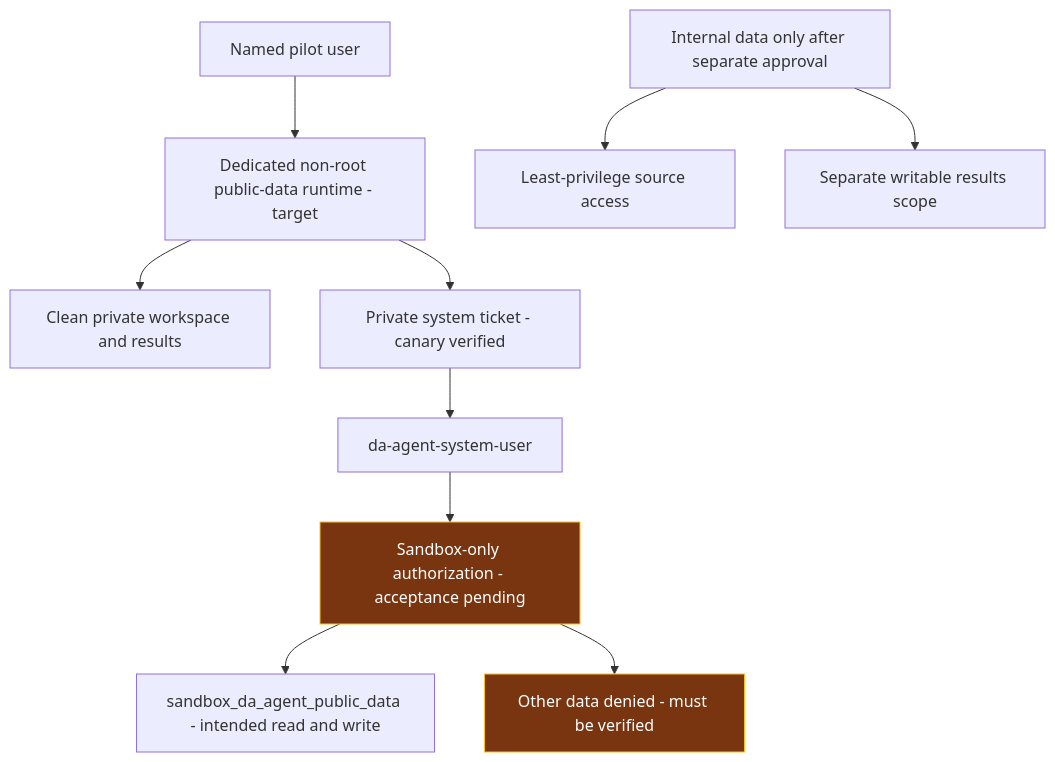
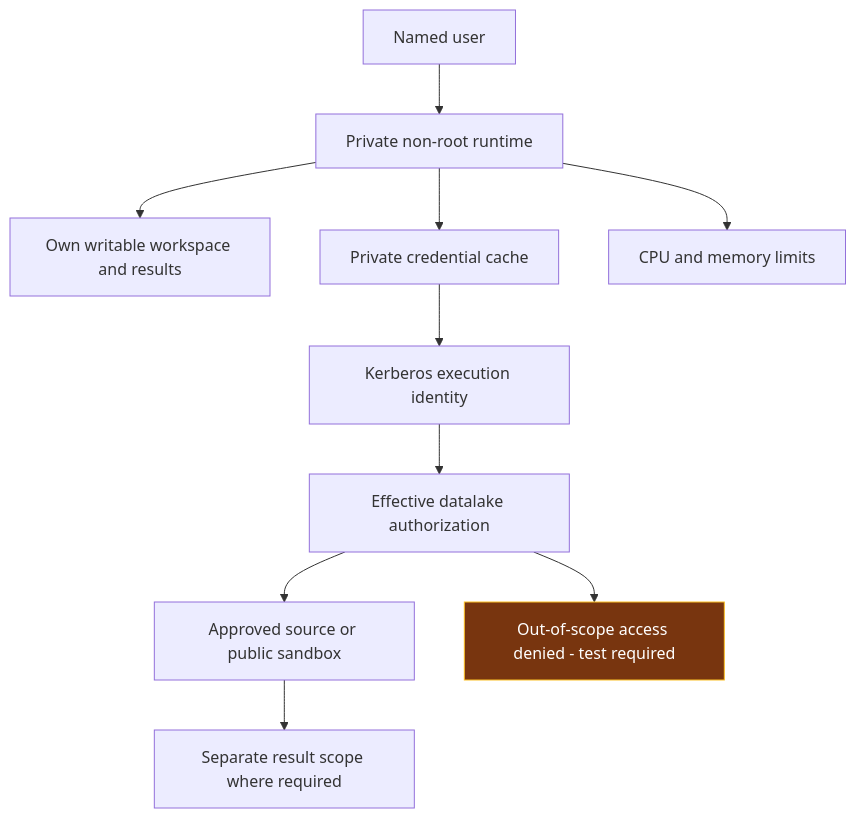
One commit to skunpoj/dsh_setup changed the second of 3 diagrams in docs/DSH_RDT_PILOT_SECURITY_CONTROL_ASSESSMENT.md. Above: the diagram before and after it, drawn with Mermaid. The commit also changed other lines of this file and 3 other files, not shown here.

````diff
--- a/docs/DSH_RDT_PILOT_SECURITY_CONTROL_ASSESSMENT.md
+++ b/docs/DSH_RDT_PILOT_SECURITY_CONTROL_ASSESSMENT.md
@@ -102,14 +92,14 @@
 ```mermaid
 flowchart TB
- A[Named pilot user] --> X[Dedicated non-root public-data runtime - target]
- X --> W[Clean private workspace and results]
- X --> K[Private system ticket - canary verified]
- K --> P[da-agent-system-user]
- P --> D[Sandbox-only authorization - acceptance pending]
- D --> Q[sandbox_da_agent_public_data - intended read and write]
- D --> N[Other data denied - must be verified]
- T[Internal data only after separate approval] --> V[Least-privilege source access]
- T --> O[Separate writable results scope]
+ U[Named user] --> P[Private non-root runtime]
+ P --> W[Own writable workspace and results]
+ P --> C[Private credential cache]
+ C --> K[Kerberos execution identity]
+ K --> A[Effective datalake authorization]
+ A --> D[Approved source or public sandbox]
+ A --> N[Out-of-scope access denied - test required]
+ P --> Q[CPU and memory limits]
+ D --> O[Separate result scope where required]
  classDef pending fill:#78350f,stroke:#fbbf24,color:#ffffff
- class D,N pending
+ class N pending
 ```
````
